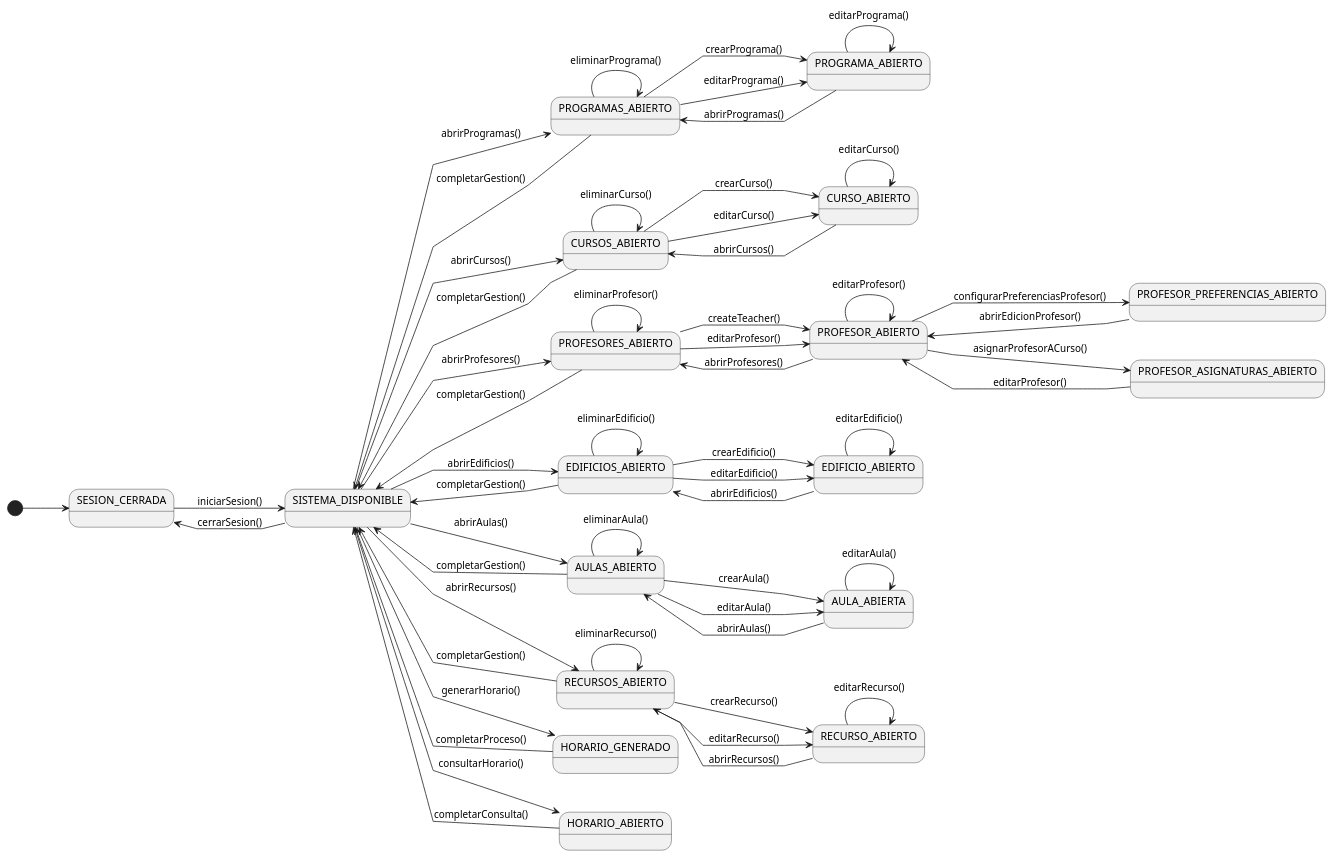
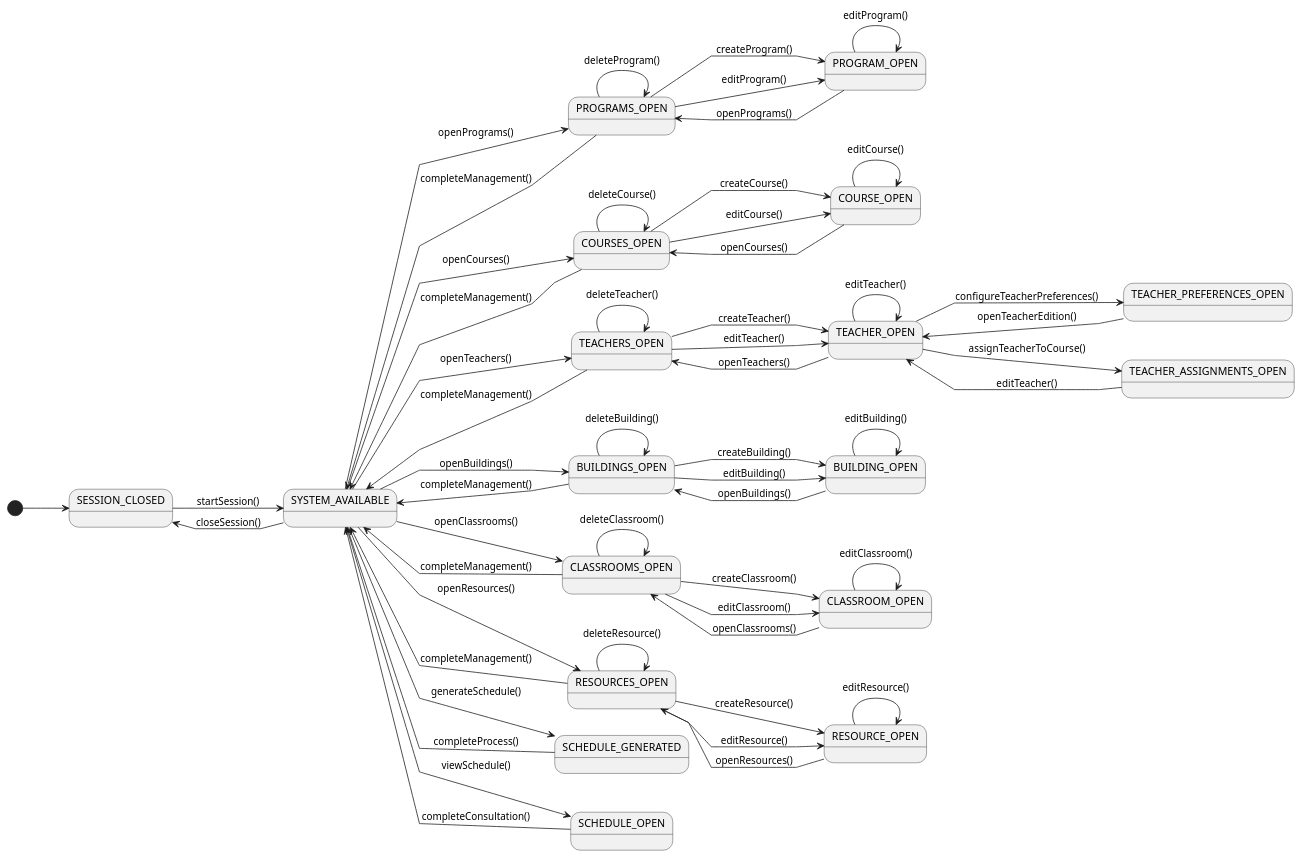
One commit to mmasias/pySigHor changed the diagram in RUP/00-casos-uso/01-actores-casos-uso/diagrama-contexto-administrador.puml. Above: the diagram before and after it, drawn with PlantUML. The commit also changed 1 other file, not shown here.

Commit message:
Fix pending Spanish to English translations in context diagram and openClassrooms specification

```diff
--- a/RUP/00-casos-uso/01-actores-casos-uso/diagrama-contexto-administrador.puml
+++ b/RUP/00-casos-uso/01-actores-casos-uso/diagrama-contexto-administrador.puml
@@ -1,101 +1,101 @@
 @startuml diagrama-contexto-administrador
 
 left to right direction
 skinparam linetype polyline
 
-state "SESION_CERRADA" as NoAuth
-state "SISTEMA_DISPONIBLE" as Menu
+state "SESSION_CLOSED" as NoAuth
+state "SYSTEM_AVAILABLE" as Menu
 
-state "PROGRAMAS_ABIERTO" as ListProgramas
-state "PROGRAMA_ABIERTO" as EditPrograma
-state "CURSOS_ABIERTO" as ListCursos
-state "CURSO_ABIERTO" as EditCurso
-state "PROFESORES_ABIERTO" as ListProfesores
-state "PROFESOR_ABIERTO" as EditProfesor
-state "PROFESOR_PREFERENCIAS_ABIERTO" as EditProfesorPreferencias
-state "EDIFICIOS_ABIERTO" as ListEdificios
-state "EDIFICIO_ABIERTO" as EditEdificio
-state "AULAS_ABIERTO" as ListAulas
-state "AULA_ABIERTA" as EditAula
-state "RECURSOS_ABIERTO" as ListRecursos
-state "RECURSO_ABIERTO" as EditRecurso
+state "PROGRAMS_OPEN" as ListPrograms
+state "PROGRAM_OPEN" as EditProgram
+state "COURSES_OPEN" as ListCourses
+state "COURSE_OPEN" as EditCourse
+state "TEACHERS_OPEN" as ListTeachers
+state "TEACHER_OPEN" as EditTeacher
+state "TEACHER_PREFERENCES_OPEN" as EditTeacherPreferences
+state "BUILDINGS_OPEN" as ListBuildings
+state "BUILDING_OPEN" as EditBuilding
+state "CLASSROOMS_OPEN" as ListClassrooms
+state "CLASSROOM_OPEN" as EditClassroom
+state "RESOURCES_OPEN" as ListResources
+state "RESOURCE_OPEN" as EditResource
 
-state "PROFESOR_ASIGNATURAS_ABIERTO" as Asignaciones
-state "HORARIO_GENERADO" as Generacion
-state "HORARIO_ABIERTO" as Consulta
+state "TEACHER_ASSIGNMENTS_OPEN" as Assignments
+state "SCHEDULE_GENERATED" as Generation
+state "SCHEDULE_OPEN" as Consultation
 
 [*] --> NoAuth
 
-NoAuth --> Menu : iniciarSesion()
+NoAuth --> Menu : startSession()
 
-Menu --> NoAuth : cerrarSesion()
-Menu --> ListProgramas: abrirProgramas()
-Menu --> ListCursos: abrirCursos()
-Menu --> ListProfesores: abrirProfesores()
-Menu --> ListEdificios: abrirEdificios()
-Menu --> ListAulas: abrirAulas()
-Menu --> ListRecursos: abrirRecursos()
-Menu --> Generacion: generarHorario()
-Menu --> Consulta: consultarHorario()
+Menu --> NoAuth : closeSession()
+Menu --> ListPrograms: openPrograms()
+Menu --> ListCourses: openCourses()
+Menu --> ListTeachers: openTeachers()
+Menu --> ListBuildings: openBuildings()
+Menu --> ListClassrooms: openClassrooms()
+Menu --> ListResources: openResources()
+Menu --> Generation: generateSchedule()
+Menu --> Consultation: viewSchedule()
 
-EditProfesor --> Asignaciones: asignarProfesorACurso()
+EditTeacher --> Assignments: assignTeacherToCourse()
 
-Asignaciones --> EditProfesor: editarProfesor()
+Assignments --> EditTeacher: editTeacher()
 
 
-ListProgramas --> EditPrograma: crearPrograma()
-ListProgramas --> EditPrograma: editarPrograma()
-ListProgramas --> ListProgramas: eliminarPrograma()
+ListPrograms --> EditProgram: createProgram()
+ListPrograms --> EditProgram: editProgram()
+ListPrograms --> ListPrograms: deleteProgram()
 
-EditPrograma --> EditPrograma: editarPrograma()
-EditPrograma --> ListProgramas: abrirProgramas()
+EditProgram --> EditProgram: editProgram()
+EditProgram --> ListPrograms: openPrograms()
 
-ListCursos --> EditCurso: crearCurso()
-ListCursos --> EditCurso: editarCurso()
-ListCursos --> ListCursos: eliminarCurso()
+ListCourses --> EditCourse: createCourse()
+ListCourses --> EditCourse: editCourse()
+ListCourses --> ListCourses: deleteCourse()
 
-EditCurso --> EditCurso: editarCurso()
-EditCurso --> ListCursos: abrirCursos()
+EditCourse --> EditCourse: editCourse()
+EditCourse --> ListCourses: openCourses()
 
-ListProfesores --> EditProfesor: createTeacher()
-ListProfesores --> EditProfesor: editarProfesor()
-ListProfesores --> ListProfesores: eliminarProfesor()
+ListTeachers --> EditTeacher: createTeacher()
+ListTeachers --> EditTeacher: editTeacher()
+ListTeachers --> ListTeachers: deleteTeacher()
 
-EditProfesor --> EditProfesor: editarProfesor()
-EditProfesor --> EditProfesorPreferencias: configurarPreferenciasProfesor()
-EditProfesor --> ListProfesores: abrirProfesores()
+EditTeacher --> EditTeacher: editTeacher()
+EditTeacher --> EditTeacherPreferences: configureTeacherPreferences()
+EditTeacher --> ListTeachers: openTeachers()
 
-EditProfesorPreferencias --> EditProfesor: abrirEdicionProfesor()
+EditTeacherPreferences --> EditTeacher: openTeacherEdition()
 
 
-ListEdificios --> EditEdificio: crearEdificio()
-ListEdificios --> EditEdificio: editarEdificio()
-ListEdificios --> ListEdificios: eliminarEdificio()
-EditEdificio --> EditEdificio: editarEdificio()
+ListBuildings --> EditBuilding: createBuilding()
+ListBuildings --> EditBuilding: editBuilding()
+ListBuildings --> ListBuildings: deleteBuilding()
+EditBuilding --> EditBuilding: editBuilding()
 
-EditEdificio --> ListEdificios: abrirEdificios()
+EditBuilding --> ListBuildings: openBuildings()
 
-ListAulas --> EditAula: crearAula()
-ListAulas --> EditAula: editarAula()
-ListAulas --> ListAulas: eliminarAula()
+ListClassrooms --> EditClassroom: createClassroom()
+ListClassrooms --> EditClassroom: editClassroom()
+ListClassrooms --> ListClassrooms: deleteClassroom()
 
-EditAula --> EditAula: editarAula()
-EditAula --> ListAulas: abrirAulas()
+EditClassroom --> EditClassroom: editClassroom()
+EditClassroom --> ListClassrooms: openClassrooms()
 
-ListRecursos --> EditRecurso: crearRecurso()
-ListRecursos --> EditRecurso: editarRecurso()
-ListRecursos --> ListRecursos: eliminarRecurso()
+ListResources --> EditResource: createResource()
+ListResources --> EditResource: editResource()
+ListResources --> ListResources: deleteResource()
 
-EditRecurso --> EditRecurso: editarRecurso()
-EditRecurso --> ListRecursos: abrirRecursos()
+EditResource --> EditResource: editResource()
+EditResource --> ListResources: openResources()
 
-ListProgramas --> Menu: completarGestion()
-ListCursos --> Menu: completarGestion()
-ListProfesores --> Menu: completarGestion()
-ListEdificios --> Menu: completarGestion()
-ListAulas --> Menu: completarGestion()
-ListRecursos --> Menu: completarGestion()
-Generacion --> Menu: completarProceso()
-Consulta --> Menu: completarConsulta()
+ListPrograms --> Menu: completeManagement()
+ListCourses --> Menu: completeManagement()
+ListTeachers --> Menu: completeManagement()
+ListBuildings --> Menu: completeManagement()
+ListClassrooms --> Menu: completeManagement()
+ListResources --> Menu: completeManagement()
+Generation --> Menu: completeProcess()
+Consultation --> Menu: completeConsultation()
 
 @enduml
```
